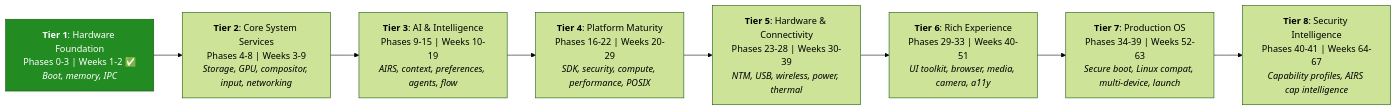
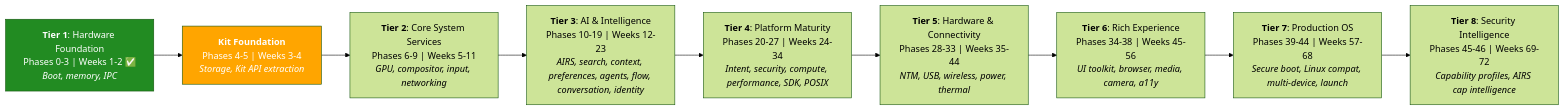
Before and after one commit to juslee/aios: the first of 2 diagrams in docs/project/development-plan.md, drawn with Mermaid (forest theme). The commit also changed other lines of this file and 1 other file, not shown here.

````diff
--- a/docs/project/development-plan.md
+++ b/docs/project/development-plan.md
@@ -19,31 +19,35 @@
 ```mermaid
 flowchart LR
     T1["`**Tier 1**: Hardware Foundation
     Phases 0-3 | Weeks 1-2 ✅
     *Boot, memory, IPC*`"]
+    T1a["`**Kit Foundation**
+    Phases 4-5 | Weeks 3-4
+    *Storage, Kit API extraction*`"]
     T2["`**Tier 2**: Core System Services
-    Phases 4-8 | Weeks 3-9
-    *Storage, GPU, compositor, input, networking*`"]
+    Phases 6-9 | Weeks 5-11
+    *GPU, compositor, input, networking*`"]
     T3["`**Tier 3**: AI & Intelligence
-    Phases 9-15 | Weeks 10-19
-    *AIRS, context, preferences, agents, flow*`"]
+    Phases 10-19 | Weeks 12-23
+    *AIRS, search, context, preferences, agents, flow, conversation, identity*`"]
     T4["`**Tier 4**: Platform Maturity
-    Phases 16-22 | Weeks 20-29
-    *SDK, security, compute, performance, POSIX*`"]
+    Phases 20-27 | Weeks 24-34
+    *Intent, security, compute, performance, SDK, POSIX*`"]
     T5["`**Tier 5**: Hardware & Connectivity
-    Phases 23-28 | Weeks 30-39
+    Phases 28-33 | Weeks 35-44
     *NTM, USB, wireless, power, thermal*`"]
     T6["`**Tier 6**: Rich Experience
-    Phases 29-33 | Weeks 40-51
+    Phases 34-38 | Weeks 45-56
     *UI toolkit, browser, media, camera, a11y*`"]
     T7["`**Tier 7**: Production OS
-    Phases 34-39 | Weeks 52-63
+    Phases 39-44 | Weeks 57-68
     *Secure boot, Linux compat, multi-device, launch*`"]
     T8["`**Tier 8**: Security Intelligence
-    Phases 40-41 | Weeks 64-67
+    Phases 45-46 | Weeks 69-72
     *Capability profiles, AIRS cap intelligence*`"]
 
-    T1 --> T2 --> T3 --> T4 --> T5 --> T6 --> T7 --> T8
+    T1 --> T1a --> T2 --> T3 --> T4 --> T5 --> T6 --> T7 --> T8
 
     style T1 fill:#228B22,color:white
+    style T1a fill:#FFA500,color:white
 ```
````
